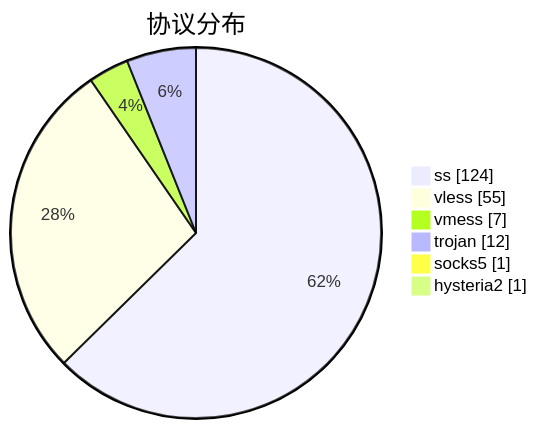
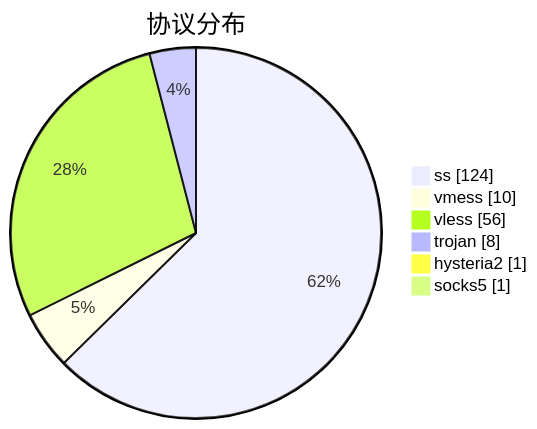
One commit to qjlxg/airport changed the third of 3 diagrams in subs/statistics/tested_within.md. Above: the diagram before and after it, drawn with Mermaid. The commit also changed other lines of this file and 2 other files, not shown here.

````diff
--- a/subs/statistics/tested_within.md
+++ b/subs/statistics/tested_within.md
@@ -28,10 +28,10 @@
 ```mermaid
 pie showData
 title 协议分布
 "ss" : 124
-"vless" : 55
-"vmess" : 7
-"trojan" : 12
+"vmess" : 10
+"vless" : 56
+"trojan" : 8
+"hysteria2" : 1
 "socks5" : 1
-"hysteria2" : 1
 ```
````
